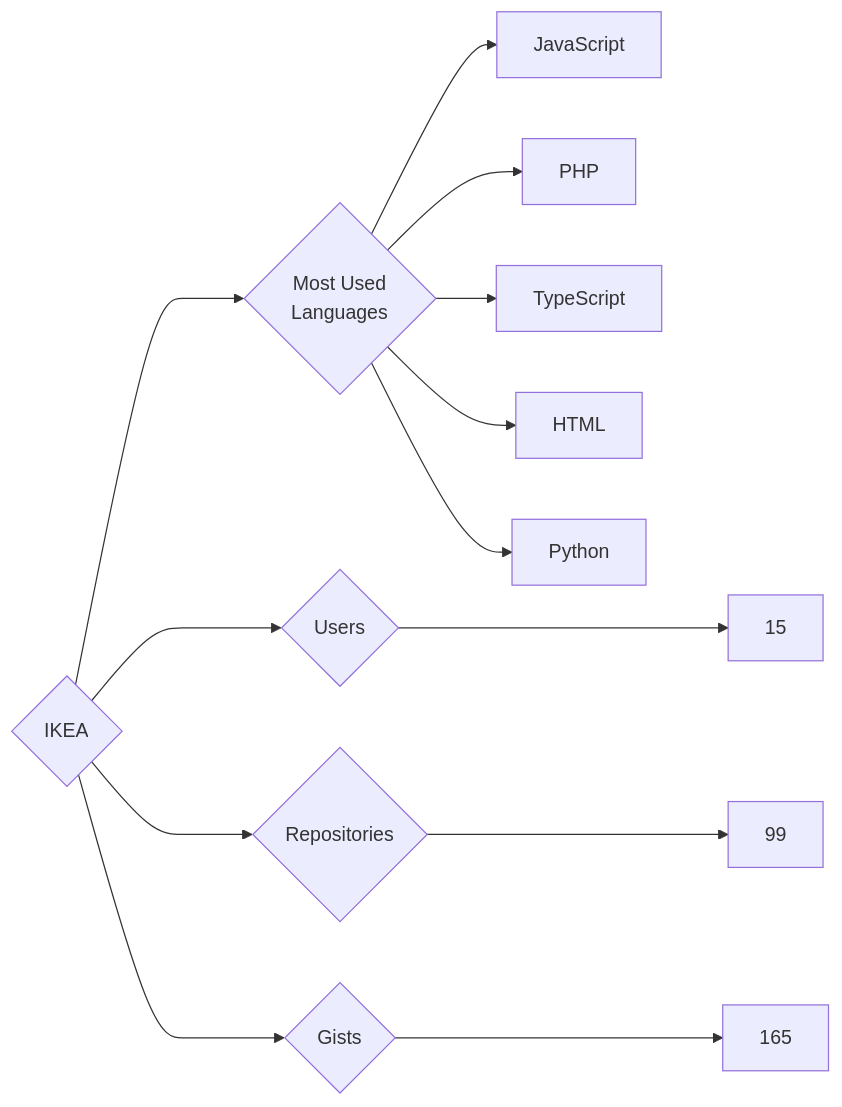
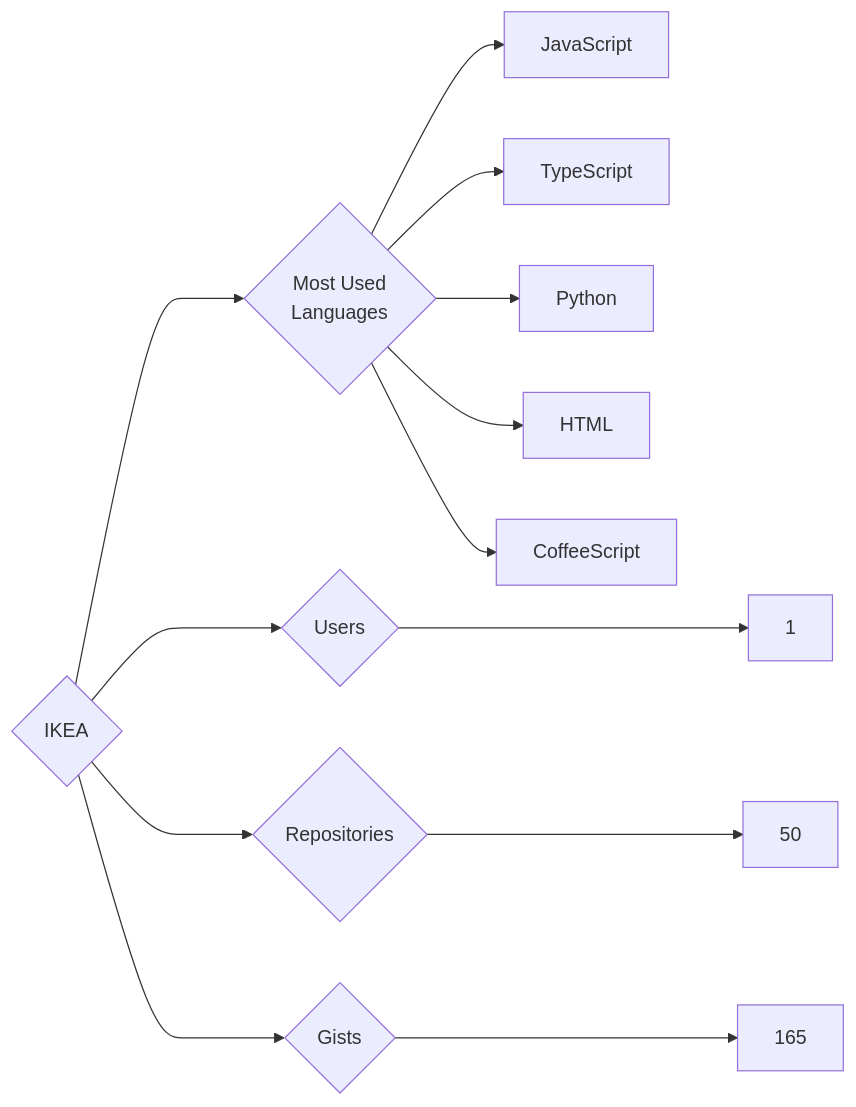
One commit to trickest/insiders changed the diagram in targets/IKEA/README.md. Above: the diagram before and after it, drawn with Mermaid. The commit also changed 681 other files, not shown here.

````diff
--- a/targets/IKEA/README.md
+++ b/targets/IKEA/README.md
@@ -3,13 +3,13 @@
 ```mermaid
 graph LR
 COMPANY_NAME{IKEA}
-COMPANY_NAME ---> U{Users} ---> UN[15]
-COMPANY_NAME ---> R{Repositories} ---> RN[99]
+COMPANY_NAME ---> U{Users} ---> UN[1]
+COMPANY_NAME ---> R{Repositories} ---> RN[50]
 COMPANY_NAME ---> G{Gists} ---> GN[165]
 COMPANY_NAME ---> ML{Most Used<br>Languages}
 ML --> JavaScript[JavaScript]
-ML --> PHP[PHP]
 ML --> TypeScript[TypeScript]
+ML --> Python[Python]
 ML --> HTML[HTML]
-ML --> Python[Python]
+ML --> CoffeeScript[CoffeeScript]
 ```
````
